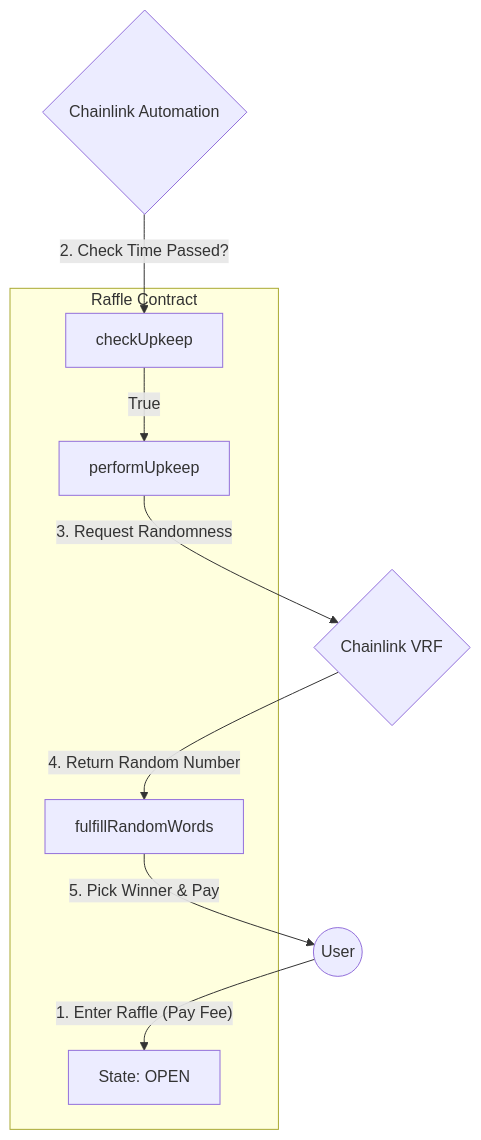
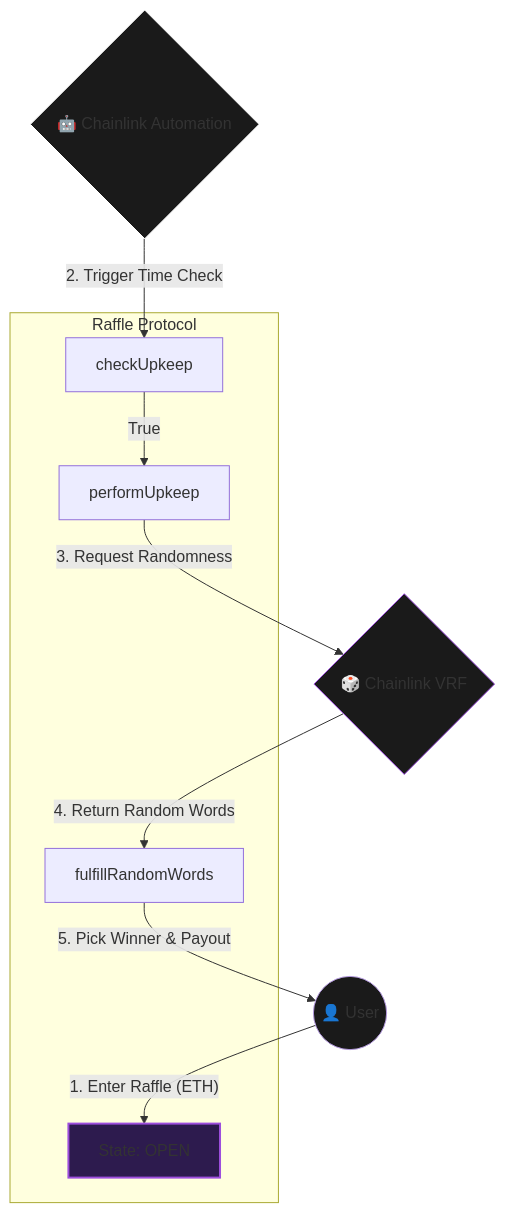
The diagram in README.md (NexTechArchitect/Raffle-Lottery-Foundry), drawn with Mermaid before and after one commit. The commit also changed other lines of this file, not shown here.

````diff
--- a/README.md
+++ b/README.md
@@ -51,21 +67,26 @@
 ```mermaid
 graph TD
-    User((User))
-    Automation{Chainlink Automation}
-    VRF{Chainlink VRF}
+    User((👤 User))
+    Automation{🤖 Chainlink Automation}
+    VRF{🎲 Chainlink VRF}
     
-    subgraph "Raffle Contract"
+    subgraph "Raffle Protocol"
         State[State: OPEN]
         Check[checkUpkeep]
         Perform[performUpkeep]
         Fulfill[fulfillRandomWords]
     end
 
-    User -- 1. Enter Raffle (Pay Fee) --> State
-    Automation -- 2. Check Time Passed? --> Check
+    User -- 1. Enter Raffle (ETH) --> State
+    Automation -- 2. Trigger Time Check --> Check
     Check -- True --> Perform
     Perform -- 3. Request Randomness --> VRF
-    VRF -- 4. Return Random Number --> Fulfill
-    Fulfill -- 5. Pick Winner & Pay --> User
+    VRF -- 4. Return Random Words --> Fulfill
+    Fulfill -- 5. Pick Winner & Payout --> User
+    
+    style User fill:#1a1a1a,stroke:#b298dc
+    style Automation fill:#1a1a1a,stroke:#fff
+    style VRF fill:#1a1a1a,stroke:#9d4edd
+    style State fill:#2d1b4e,stroke:#9d4edd,stroke-width:2px
 
 ```
````
